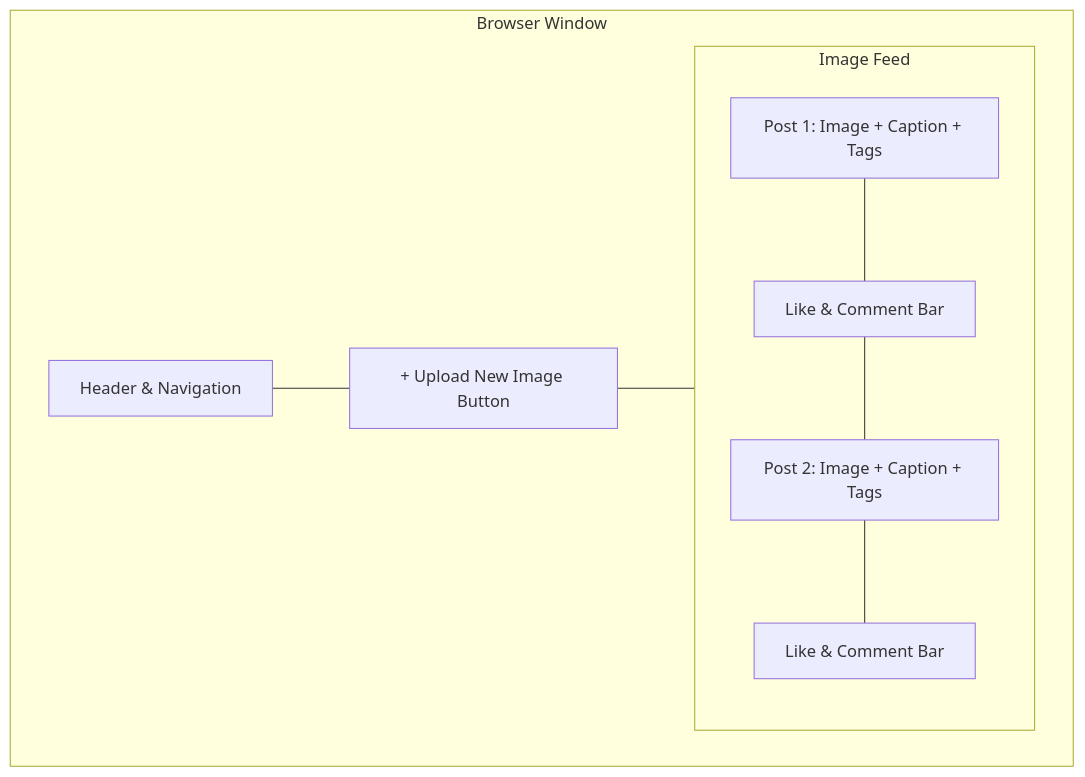
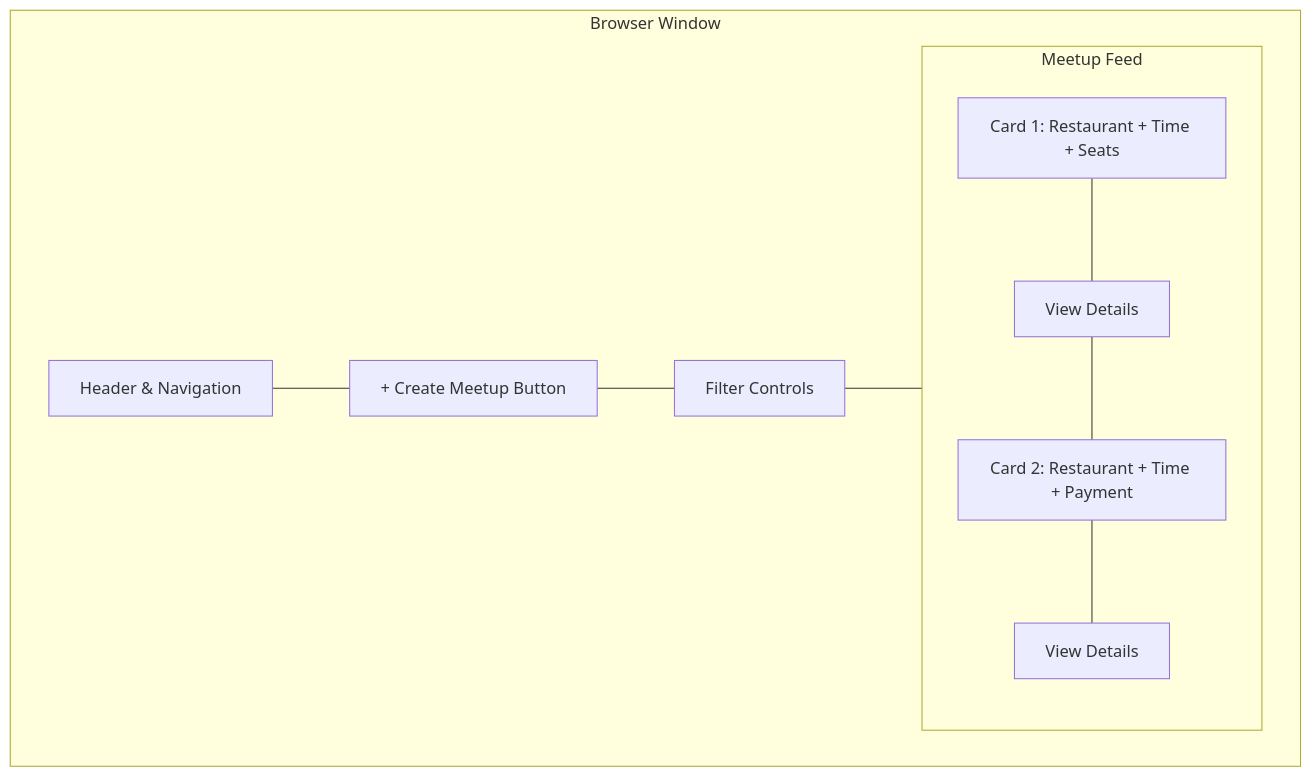
The first of 2 diagrams in posts/a1-dev-blog-03.md (xuan294/Deco2017-BLOG-), drawn with Mermaid before and after one commit. The commit also changed other lines of this file, not shown here.

First line of the commit message:
Revise blog post for restaurant meetup focus

````diff
--- a/posts/a1-dev-blog-03.md
+++ b/posts/a1-dev-blog-03.md
@@ -21,21 +21,23 @@
 ```mermaid
 flowchart TD
     subgraph Browser Window
         Nav[Header & Navigation]
-        UploadBtn[+ Upload New Image Button]
+        CreateBtn[+ Create Meetup Button]
+        Filters[Filter Controls]
         
-        subgraph Image Feed
+        subgraph Meetup Feed
             direction TB
-            Post1[Post 1: Image + Caption + Tags]
-            Action1[Like & Comment Bar]
-            Post2[Post 2: Image + Caption + Tags]
-            Action2[Like & Comment Bar]
+            Meetup1[Card 1: Restaurant + Time + Seats]
+            Action1[View Details]
+            Meetup2[Card 2: Restaurant + Time + Payment]
+            Action2[View Details]
         end
     end
     
-    Nav --- UploadBtn
-    UploadBtn --- Post1
-    Post1 --- Action1
-    Action1 --- Post2
-    Post2 --- Action2
+    Nav --- CreateBtn
+    CreateBtn --- Filters
+    Filters --- Meetup1
+    Meetup1 --- Action1
+    Action1 --- Meetup2
+    Meetup2 --- Action2
 ```
````
